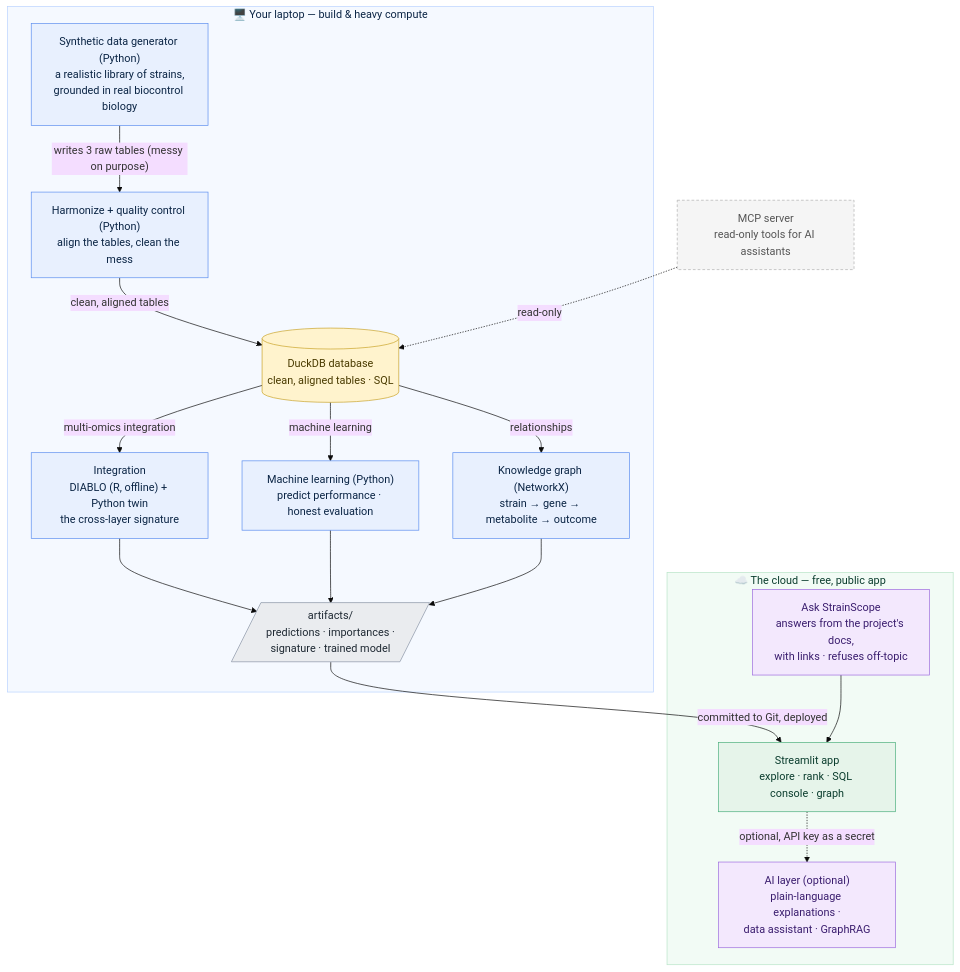
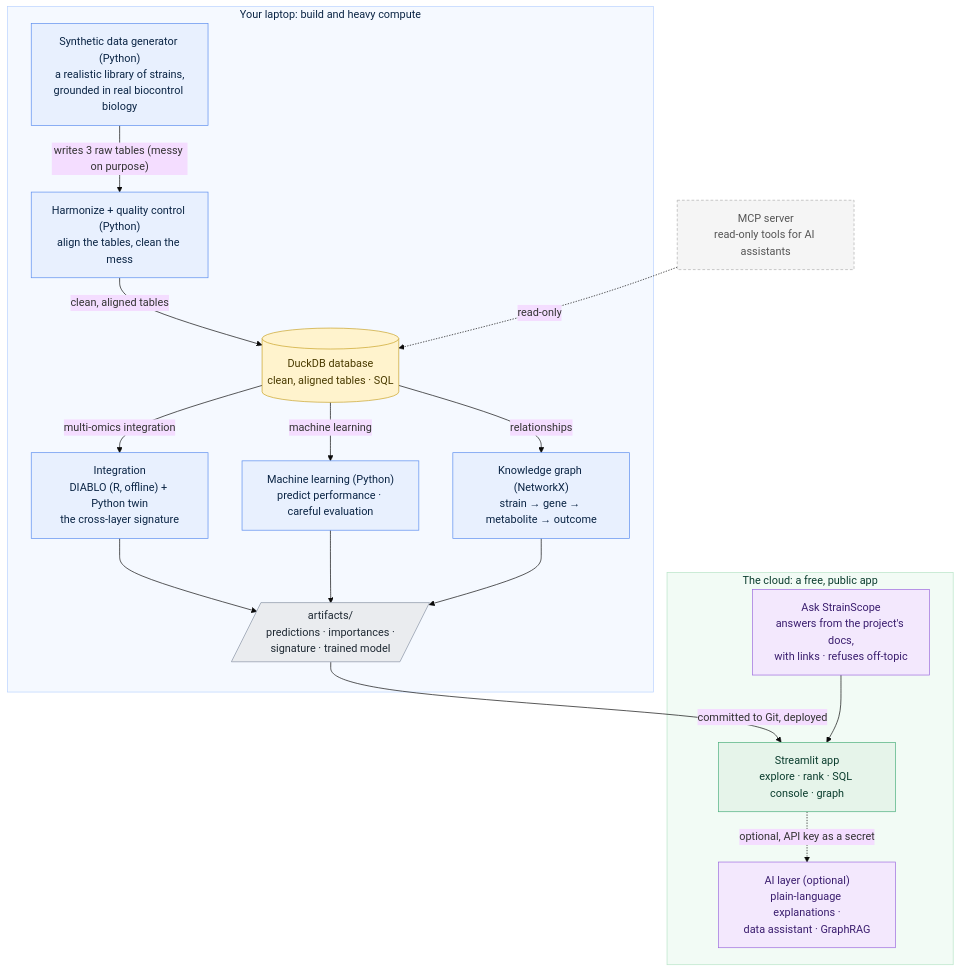
The diagram in README.md (akannan2987/strainscope), drawn with Mermaid (base theme) before and after one commit. The commit also changed other lines of this file and 103 other files, not shown here.

First line of the commit message:
feat: add leak-proof machine learning with calibration, importance and error analysis

````diff
--- a/README.md
+++ b/README.md
@@ -125,45 +126,45 @@
 ```mermaid
 flowchart TD
-    subgraph LAPTOP["🖥️ Your laptop — build & heavy compute"]
+    subgraph LAPTOP["Your laptop: build and heavy compute"]
         A["Synthetic data generator (Python)<br/>a realistic library of strains,<br/>grounded in real biocontrol biology"]
         B["Harmonize + quality control (Python)<br/>align the tables, clean the mess"]
         C[("DuckDB database<br/>clean, aligned tables · SQL")]
         D["Integration<br/>DIABLO (R, offline) + Python twin<br/>the cross-layer signature"]
-        E["Machine learning (Python)<br/>predict performance · honest evaluation"]
+        E["Machine learning (Python)<br/>predict performance · careful evaluation"]
         F["Knowledge graph (NetworkX)<br/>strain → gene → metabolite → outcome"]
         G[/"artifacts/<br/>predictions · importances ·<br/>signature · trained model"/]
     end
-    subgraph CLOUD["☁️ The cloud — free, public app"]
+    subgraph CLOUD["The cloud: a free, public app"]
         H["Streamlit app<br/>explore · rank · SQL console · graph"]
         I["AI layer (optional)<br/>plain-language explanations ·<br/>data assistant · GraphRAG"]
         Q["Ask StrainScope<br/>answers from the project's docs,<br/>with links · refuses off-topic"]
     end
     M["MCP server<br/>read-only tools for AI assistants"]
     A -->|"writes 3 raw tables (messy on purpose)"| B
     B -->|clean, aligned tables| C
     C -->|multi-omics integration| D
     C -->|machine learning| E
     C -->|relationships| F
     D --> G
     E --> G
     F --> G
     G -->|committed to Git, deployed| H
     H -.->|optional, API key as a secret| I
     Q --> H
     M -.->|read-only| C
 
     classDef laptop fill:#E8F0FE,stroke:#5B8DEF,color:#0B2545;
     classDef store fill:#FFF3CD,stroke:#C9A227,color:#4A3B00;
     classDef artifact fill:#EAECEF,stroke:#8A94A6,color:#1F2933;
     classDef cloud fill:#E6F4EA,stroke:#4CAF7D,color:#0B3D2E;
     classDef ai fill:#F3E8FD,stroke:#9C6ADE,color:#3A1D6E;
     classDef roadmap fill:#F5F5F5,stroke:#B0B0B0,color:#555555,stroke-dasharray:4 3;
     class A,B,D,E,F laptop
     class C store
     class G artifact
     class H cloud
     class I,Q ai
     class M roadmap
     style LAPTOP fill:#F5F9FF,stroke:#B9D2FF,color:#0B2545
     style CLOUD fill:#F2FBF5,stroke:#B7E4C7,color:#0B3D2E
 ```
````
